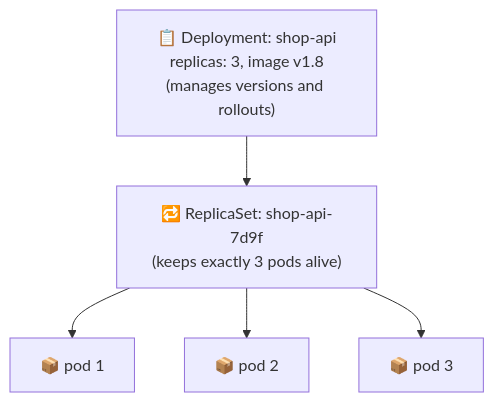
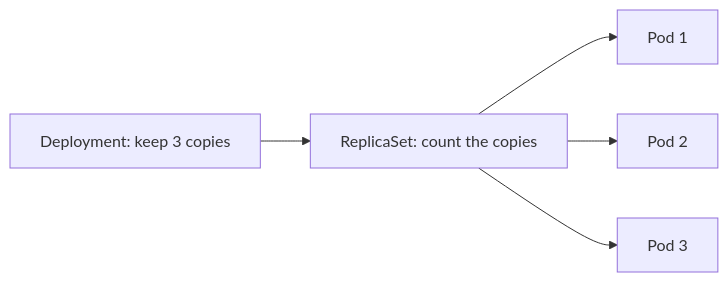
The diagram in content/kubernetes/04-deployments-and-rollouts.md (monijaman/software), drawn with Mermaid before and after one commit. The commit also changed other lines of this file and 23 other files, not shown here.

````diff
--- a/content/kubernetes/04-deployments-and-rollouts.md
+++ b/content/kubernetes/04-deployments-and-rollouts.md
@@ -18,7 +14,7 @@
 ```mermaid
-flowchart TD
-    D["📋 Deployment: shop-api<br/>replicas: 3, image v1.8<br/>(manages versions and rollouts)"] --> RS["🔁 ReplicaSet: shop-api-7d9f<br/>(keeps exactly 3 pods alive)"]
-    RS --> P1[📦 pod 1]
-    RS --> P2[📦 pod 2]
-    RS --> P3[📦 pod 3]
+flowchart LR
+    D[Deployment: keep 3 copies] --> R[ReplicaSet: count the copies]
+    R --> P1[Pod 1]
+    R --> P2[Pod 2]
+    R --> P3[Pod 3]
 ```
````
